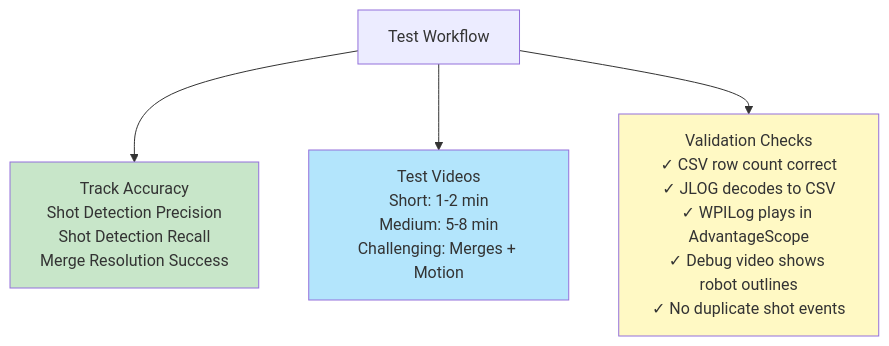
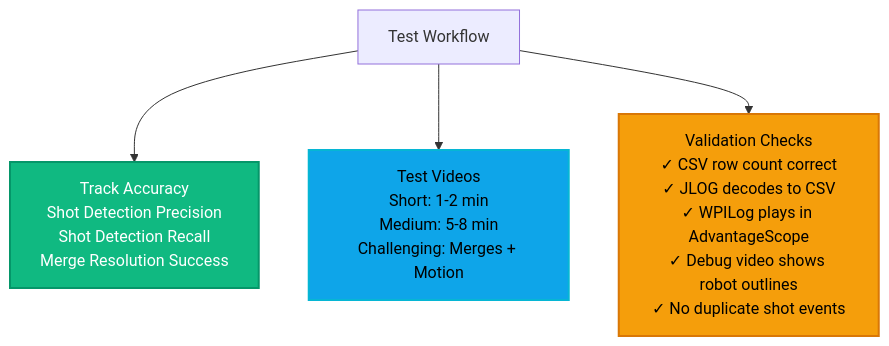
One commit to ALeaf21/LearningJuiceAutoScout changed diagram 13 of 13 in docs/SYSTEM_ARCHITECTURE.md. Above: the diagram before and after it, drawn with Mermaid. The commit also changed other lines of this file and 1 other file, not shown here.

Commit message:
doc updated for dark theme

````diff
--- a/docs/SYSTEM_ARCHITECTURE.md
+++ b/docs/SYSTEM_ARCHITECTURE.md
@@ -549,18 +559,19 @@
 ```mermaid
+%%{init: {theme: 'dark'}}%%
 graph TD
     Test["Test Workflow"]
     
     Metrics["Track Accuracy<br/>Shot Detection Precision<br/>Shot Detection Recall<br/>Merge Resolution Success"]
     
     Videos["Test Videos<br/>Short: 1-2 min<br/>Medium: 5-8 min<br/>Challenging: Merges + Motion"]
     
     Checks["Validation Checks<br/>✓ CSV row count correct<br/>✓ JLOG decodes to CSV<br/>✓ WPILog plays in AdvantageScope<br/>✓ Debug video shows robot outlines<br/>✓ No duplicate shot events"]
     
     Test --> Metrics
     Test --> Videos
     Test --> Checks
     
-    style Metrics fill:#c8e6c9
-    style Videos fill:#b3e5fc
-    style Checks fill:#fff9c4
+    style Metrics fill:#10b981,stroke:#059669,stroke-width:2px,color:#fff
+    style Videos fill:#0ea5e9,stroke:#06b6d4,stroke-width:2px,color:#000
+    style Checks fill:#f59e0b,stroke:#d97706,stroke-width:2px,color:#000
 ```
````
